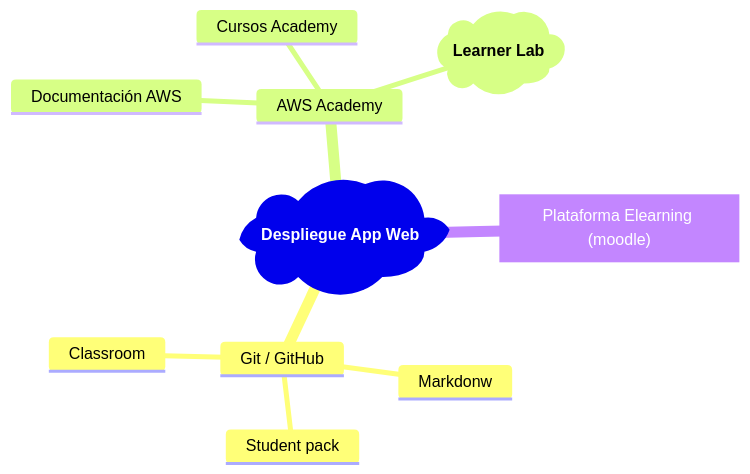
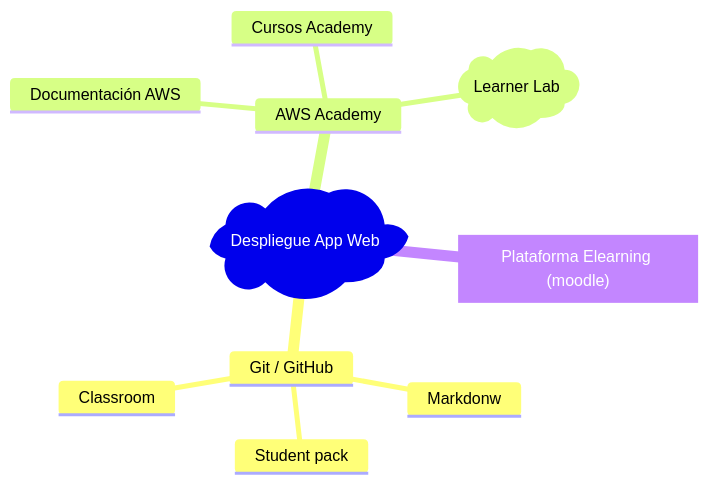
The first of 2 diagrams in content/home/mapas.md (lmorillas/como-uso-learner-labs), drawn with Mermaid before and after one commit. The commit also changed other lines of this file, not shown here.

Commit message:
mermaild nube

````diff
--- a/content/home/mapas.md
+++ b/content/home/mapas.md
@@ -14,23 +14,23 @@
 ```mermaid
 mindmap
-  root)**Despliegue App Web**(
+  root)Despliegue App Web(
     Git / GitHub 
     ::icon(fab fa-git)
       Markdonw
       ::icon(fa-brands fa-markdown)
       Student pack
       ::icon(fa fa-book)
       Classroom
       ::icon(fab fa-github)
         
     AWS Academy
     ::icon(fab fa-aws)
       Documentación AWS
       Cursos Academy
-      Learner Lab)**Learner Lab**(
+      Learner Lab)Learner Lab(
       ::icon(fa fa-circle-right)
       
     id3["Plataforma Elearning (moodle)"]
     ::icon(fa fa-graduation-cap)
 
 ```
````
